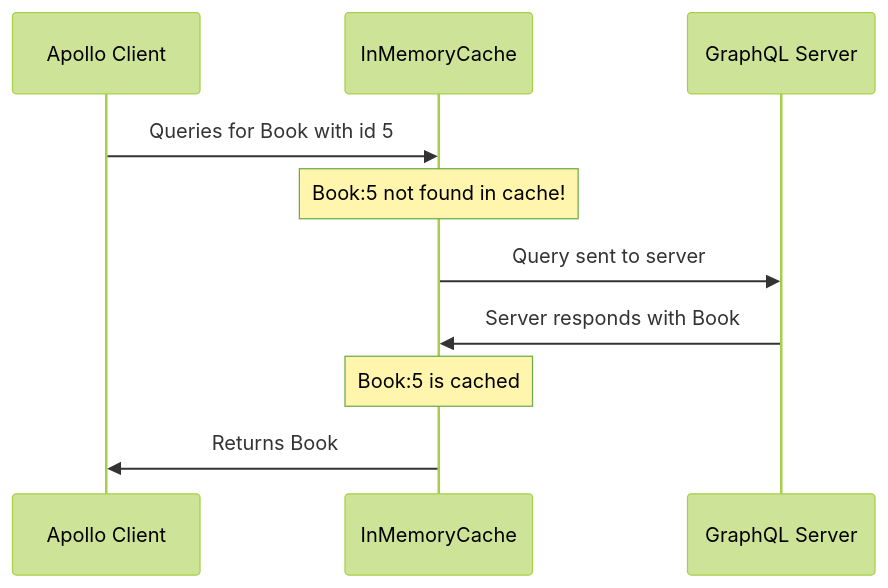
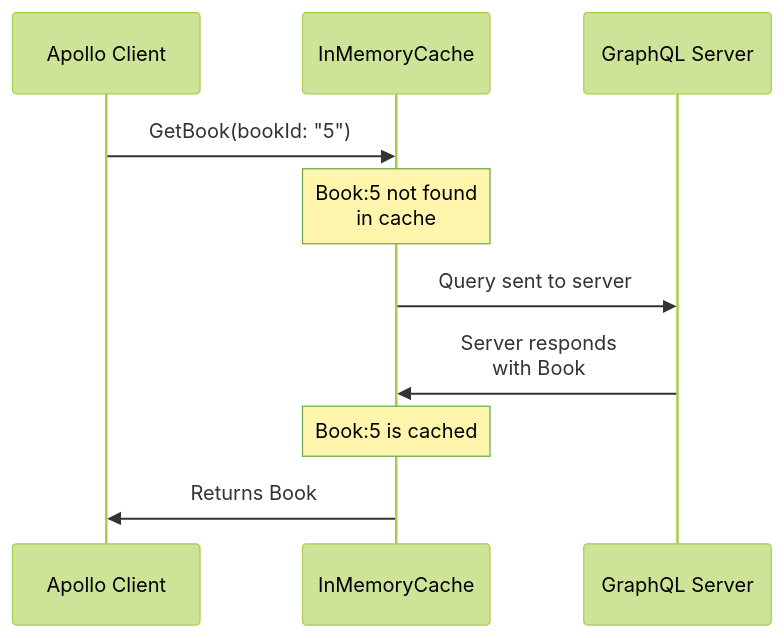
Before and after one commit to apollographql/apollo-client: the first of 2 diagrams in docs/source/caching/overview.mdx, drawn with Mermaid (forest theme). The commit also changed other lines of this file and 2 other files, not shown here.

````diff
--- a/docs/source/caching/overview.mdx
+++ b/docs/source/caching/overview.mdx
@@ -10,9 +10,9 @@
 ```mermaid
 sequenceDiagram
-  Apollo Client->>InMemoryCache: Queries for Book with id 5
-  Note over InMemoryCache: Book:5 not found in cache!
+  Apollo Client->>InMemoryCache: GetBook(bookId: "5")
+  Note over InMemoryCache: Book:5 not found<br/>in cache
   InMemoryCache->>GraphQL Server: Query sent to server
-  GraphQL Server->>InMemoryCache: Server responds with Book
+  GraphQL Server->>InMemoryCache: Server responds<br/>with Book
   Note over InMemoryCache: Book:5 is cached
   InMemoryCache->>Apollo Client: Returns Book
 ```
````
